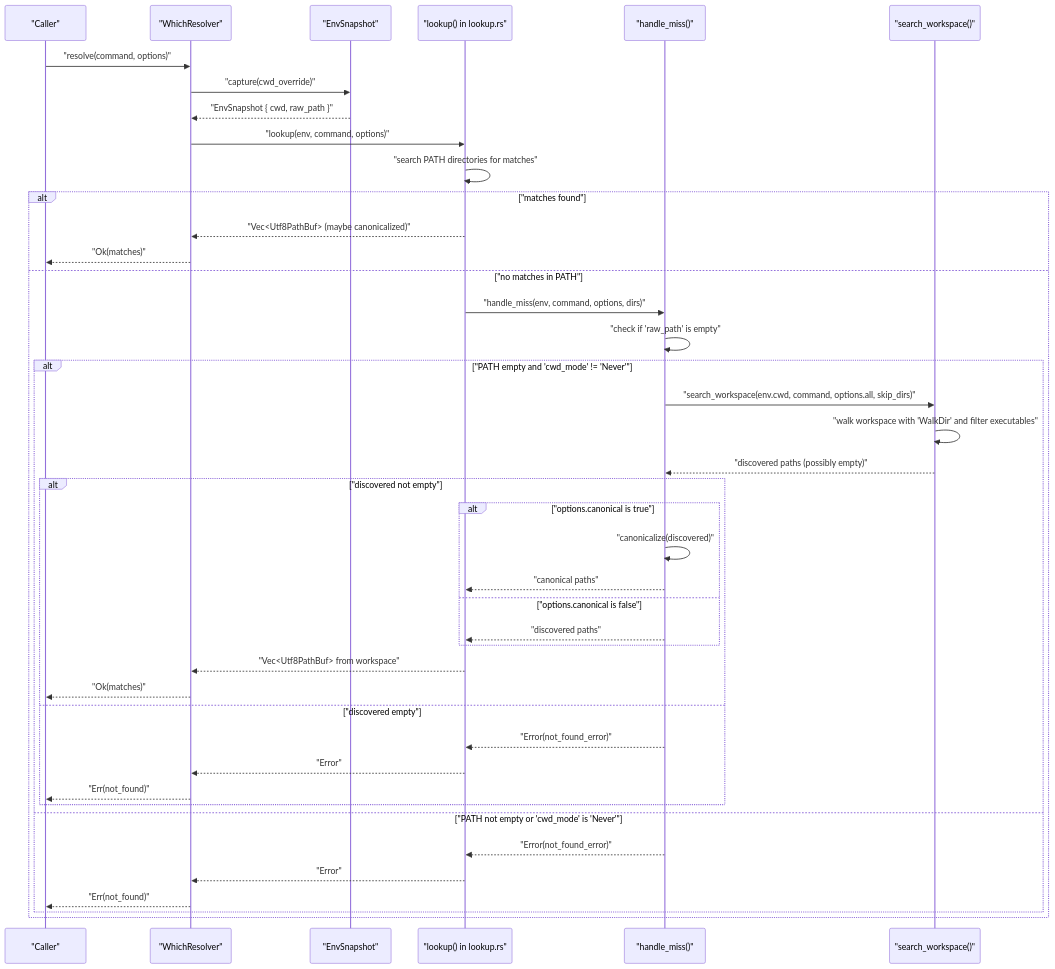
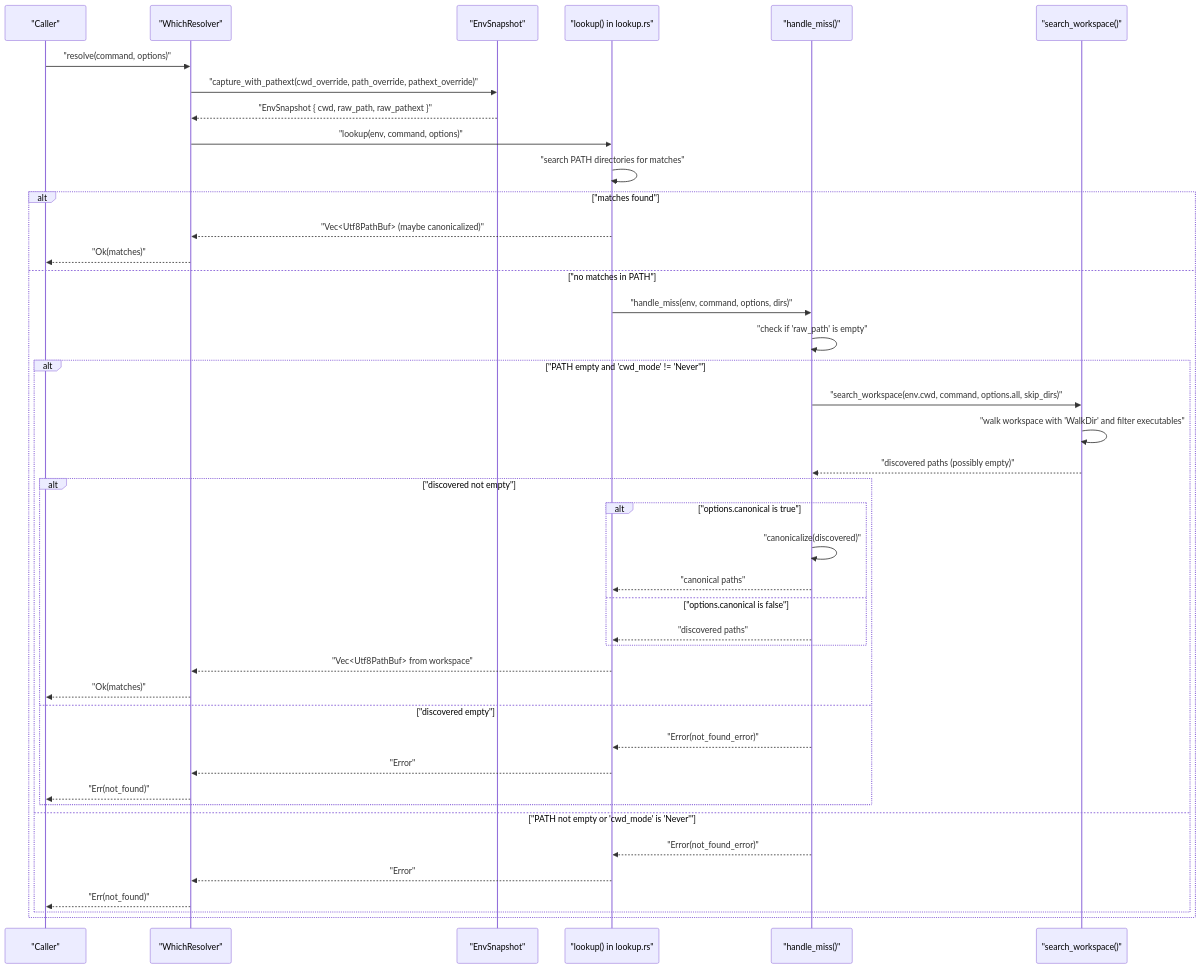
The fourth of 13 diagrams in docs/netsuke-design.md (leynos/netsuke), drawn with Mermaid before and after one commit. The commit also changed other lines of this file, not shown here.

First line of the commit message:
Bring the design doc's which seam up to the code

````diff
--- a/docs/netsuke-design.md
+++ b/docs/netsuke-design.md
@@ -1323,45 +1344,45 @@
 ```mermaid
 sequenceDiagram
     participant "Caller" as "Caller"
     participant "WhichResolver" as "WhichResolver"
     participant "EnvSnapshot" as "EnvSnapshot"
     participant "Lookup" as "lookup() in lookup.rs"
     participant "HandleMiss" as "handle_miss()"
     participant "SearchWorkspace" as "search_workspace()"
 
     "Caller"->>"WhichResolver": "resolve(command, options)"
-    "WhichResolver"->>"EnvSnapshot": "capture(cwd_override)"
-    "EnvSnapshot"-->>"WhichResolver": "EnvSnapshot { cwd, raw_path }"
+    "WhichResolver"->>"EnvSnapshot": "capture_with_pathext(cwd_override, path_override, pathext_override)"
+    "EnvSnapshot"-->>"WhichResolver": "EnvSnapshot { cwd, raw_path, raw_pathext }"
     "WhichResolver"->>"Lookup": "lookup(env, command, options)"
     "Lookup"->>"Lookup": "search PATH directories for matches"
     alt "matches found"
         "Lookup"-->>"WhichResolver": "Vec<Utf8PathBuf> (maybe canonicalized)"
         "WhichResolver"-->>"Caller": "Ok(matches)"
     else "no matches in PATH"
         "Lookup"->>"HandleMiss": "handle_miss(env, command, options, dirs)"
             "HandleMiss"->>"HandleMiss": "check if 'raw_path' is empty"
         alt "PATH empty and 'cwd_mode' != 'Never'"
             "HandleMiss"->>"SearchWorkspace": "search_workspace(env.cwd, command, options.all, skip_dirs)"
             "SearchWorkspace"->>"SearchWorkspace": "walk workspace with 'WalkDir' and filter executables"
             "SearchWorkspace"-->>"HandleMiss": "discovered paths (possibly empty)"
             alt "discovered not empty"
                 alt "options.canonical is true"
                     "HandleMiss"->>"HandleMiss": "canonicalize(discovered)"
                     "HandleMiss"-->>"Lookup": "canonical paths"
                 else "options.canonical is false"
                     "HandleMiss"-->>"Lookup": "discovered paths"
                 end
                 "Lookup"-->>"WhichResolver": "Vec<Utf8PathBuf> from workspace"
                 "WhichResolver"-->>"Caller": "Ok(matches)"
             else "discovered empty"
                 "HandleMiss"-->>"Lookup": "Error(not_found_error)"
                 "Lookup"-->>"WhichResolver": "Error"
                 "WhichResolver"-->>"Caller": "Err(not_found)"
             end
         else "PATH not empty or 'cwd_mode' is 'Never'"
             "HandleMiss"-->>"Lookup": "Error(not_found_error)"
             "Lookup"-->>"WhichResolver": "Error"
             "WhichResolver"-->>"Caller": "Err(not_found)"
         end
     end
 ```
````
